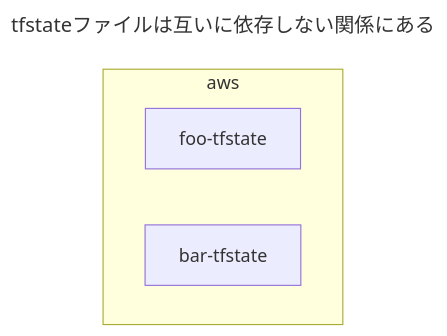
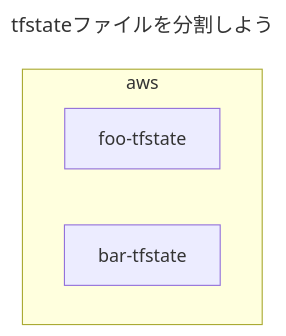
The first of 12 diagrams in dist/draft/Terraformのtfstateファイルの分割手法.md (hiroki-it/hatenablog), drawn with Mermaid before and after one commit. The commit also changed other lines of this file, not shown here.

````diff
--- a/dist/draft/Terraformのtfstateファイルの分割手法.md
+++ b/dist/draft/Terraformのtfstateファイルの分割手法.md
@@ -79,11 +77,11 @@
 ```mermaid
 ---
-title: tfstateファイルは互いに依存しない関係にある
+title: tfstateファイルを分割しよう
 ---
 %%{init:{'theme':'natural'}}%%
 flowchart TB
     subgraph aws
         Foo[foo-tfstate]
         Bar[bar-tfstate]
     end
 ```
````
